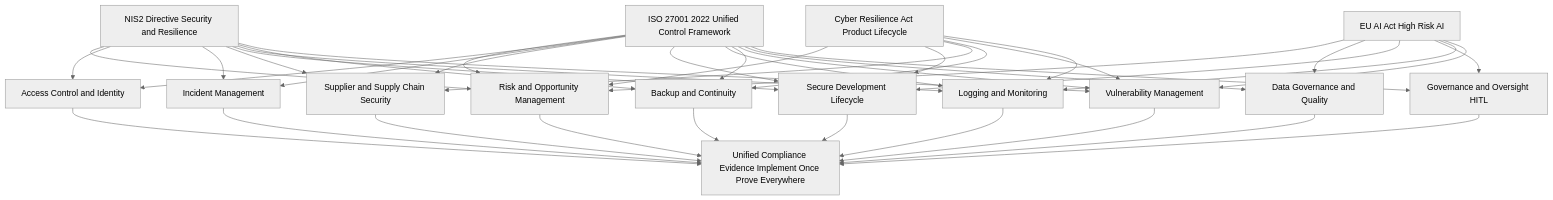
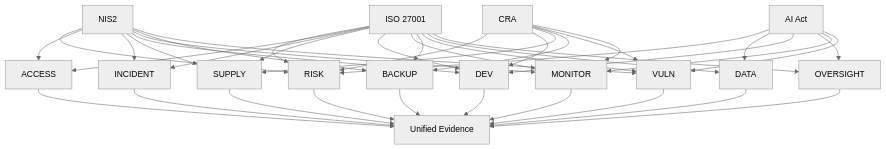
The fifth of 5 diagrams in CIR³ Framework.md (Mynkskhr/Mapping), drawn with Mermaid (neutral theme) before and after one commit.

Commit message:
Update CIR³ Framework.md

````diff
--- a/CIR³ Framework.md
+++ b/CIR³ Framework.md
@@ -388,64 +388,52 @@
 ```mermaid
 
 flowchart TD
-  ISO[ISO 27001 2022 Unified Control Framework]
-
-  RISK[Risk and Opportunity Management]
-  ACCESS[Access Control and Identity]
-  INCIDENT[Incident Management]
-  SUPPLY[Supplier and Supply Chain Security]
-  DEV[Secure Development Lifecycle]
-  MONITOR[Logging and Monitoring]
-  BACKUP[Backup and Continuity]
-  VULN[Vulnerability Management]
-  DATA[Data Governance and Quality]
-  OVERSIGHT[Governance and Oversight HITL]
-
-  ISO --> RISK
+  ISO[ISO 27001] --> RISK
   ISO --> ACCESS
   ISO --> INCIDENT
   ISO --> SUPPLY
   ISO --> DEV
   ISO --> MONITOR
   ISO --> BACKUP
   ISO --> VULN
   ISO --> DATA
   ISO --> OVERSIGHT
 
-  NIS2[NIS2 Directive Security and Resilience] --> RISK
+  NIS2[NIS2] --> RISK
   NIS2 --> ACCESS
   NIS2 --> INCIDENT
   NIS2 --> SUPPLY
   NIS2 --> DEV
   NIS2 --> MONITOR
   NIS2 --> BACKUP
   NIS2 --> VULN
 
-  AIA[EU AI Act High Risk AI] --> RISK
+  AIA[AI Act] --> RISK
   AIA --> DATA
   AIA --> DEV
   AIA --> OVERSIGHT
   AIA --> MONITOR
   AIA --> VULN
 
-  CRA[Cyber Resilience Act Product Lifecycle] --> RISK
+  CRA[CRA] --> RISK
   CRA --> DEV
   CRA --> SUPPLY
   CRA --> BACKUP
   CRA --> VULN
   CRA --> MONITOR
 
-  OUT[Unified Compliance Evidence Implement Once Prove Everywhere]
+  OUT[Unified Evidence] 
   RISK --> OUT
   ACCESS --> OUT
   INCIDENT --> OUT
   SUPPLY --> OUT
   DEV --> OUT
   MONITOR --> OUT
   BACKUP --> OUT
   VULN --> OUT
   DATA --> OUT
   OVERSIGHT --> OUT
 
 
+
 ```
````
